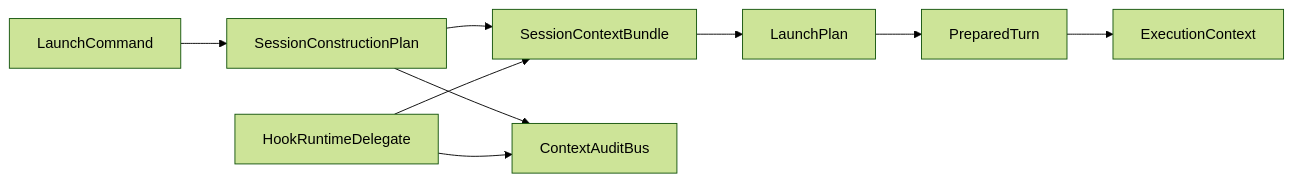
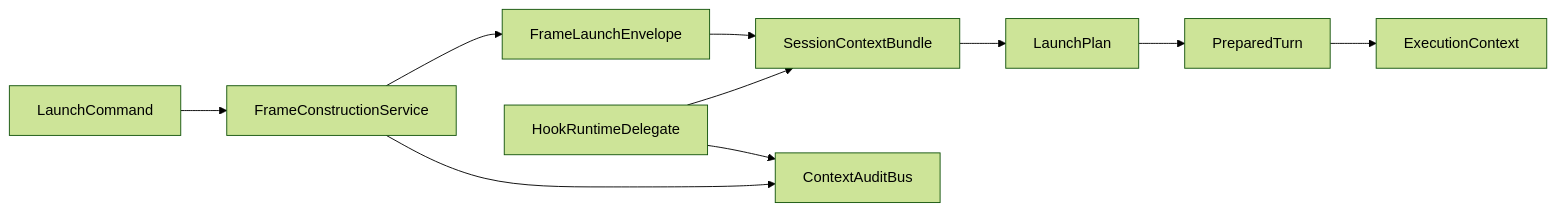
Before and after one commit to syan2018/AgentDash: the diagram in .trellis/spec/backend/session/bundle-main-datasource.md, drawn with Mermaid (forest theme). The commit also changed other lines of this file and 40 other files, not shown here.

First line of the commit message:
refactor(session): 清理 AgentFrame 启动链路历史残留

````diff
--- a/.trellis/spec/backend/session/bundle-main-datasource.md
+++ b/.trellis/spec/backend/session/bundle-main-datasource.md
@@ -84,16 +84,17 @@
 ```mermaid
 flowchart LR
     Source["LaunchCommand"]
-    Construction["SessionConstructionPlan"]
+    Construction["FrameConstructionService"]
+    Envelope["FrameLaunchEnvelope"]
     Bundle["SessionContextBundle"]
     Launch["LaunchPlan"]
     Prepared["PreparedTurn"]
     Context["ExecutionContext"]
     Audit["ContextAuditBus"]
     Hook["HookRuntimeDelegate"]
 
-    Source --> Construction --> Bundle --> Launch --> Prepared --> Context
+    Source --> Construction --> Envelope --> Bundle --> Launch --> Prepared --> Context
     Construction --> Audit
     Hook --> Bundle
     Hook --> Audit
 ```
````
